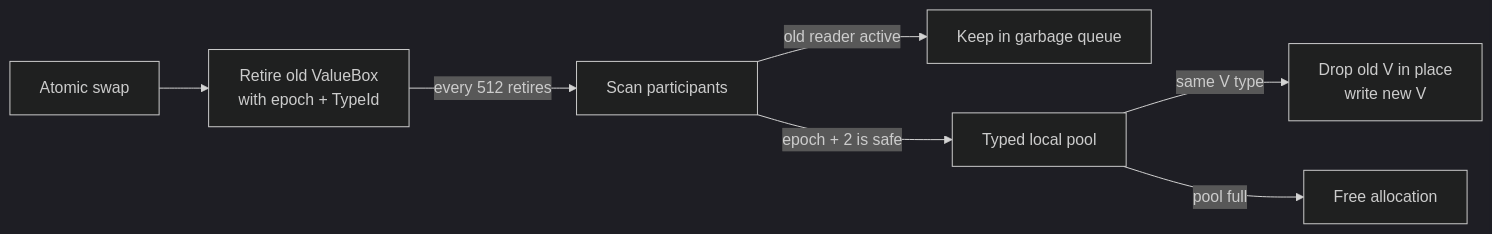
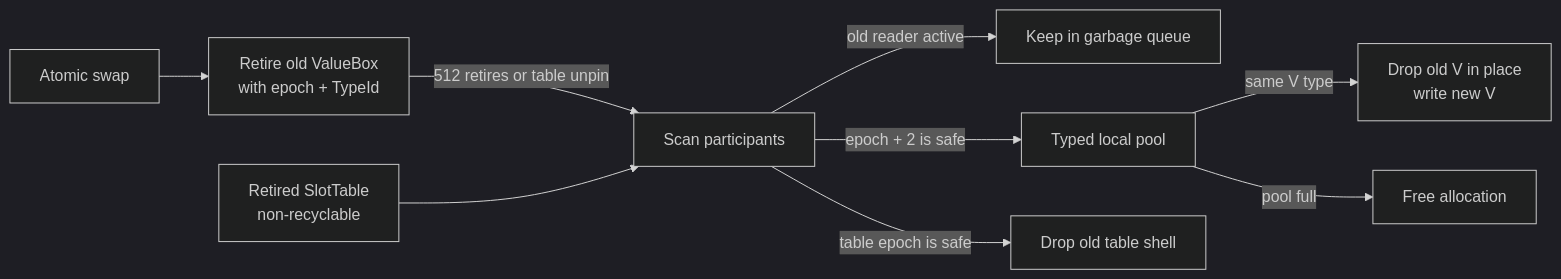
The sixth of 14 diagrams in src/content/blogs/custom-concurrent-hashmap-rust.mdx (Rana718/portfolio), drawn with Mermaid (dark theme) before and after one commit. The commit also changed other lines of this file, not shown here.

````diff
--- a/src/content/blogs/custom-concurrent-hashmap-rust.mdx
+++ b/src/content/blogs/custom-concurrent-hashmap-rust.mdx
@@ -267,9 +271,11 @@
 ```mermaid
 flowchart LR
     SWAP["Atomic swap"] --> RETIRE["Retire old ValueBox<br/>with epoch + TypeId"]
-    RETIRE -->|"every 512 retires"| SCAN["Scan participants"]
+    RETIRE -->|"512 retires or table unpin"| SCAN["Scan participants"]
     SCAN -->|"old reader active"| WAIT["Keep in garbage queue"]
     SCAN -->|"epoch + 2 is safe"| POOL["Typed local pool"]
     POOL -->|"same V type"| REUSE["Drop old V in place<br/>write new V"]
     POOL -->|"pool full"| FREE["Free allocation"]
+    TABLE["Retired SlotTable<br/>non-recyclable"] --> SCAN
+    SCAN -->|"table epoch is safe"| DROP["Drop old table shell"]
 ```
````
